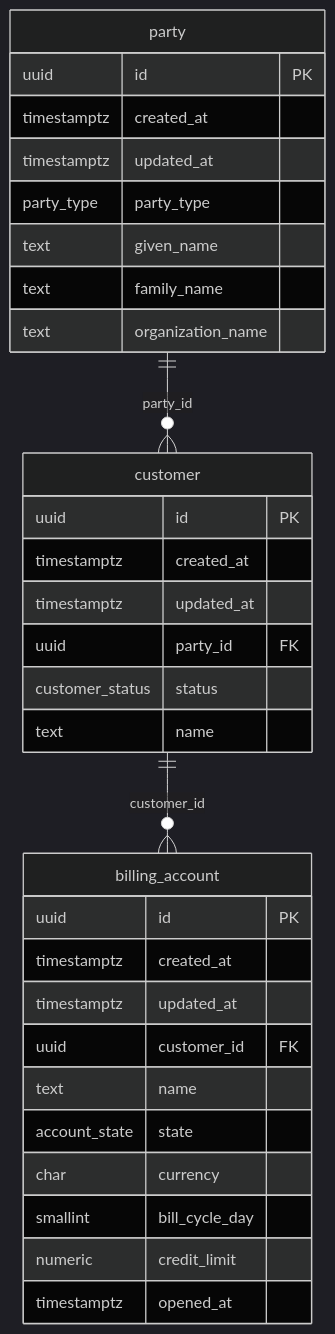
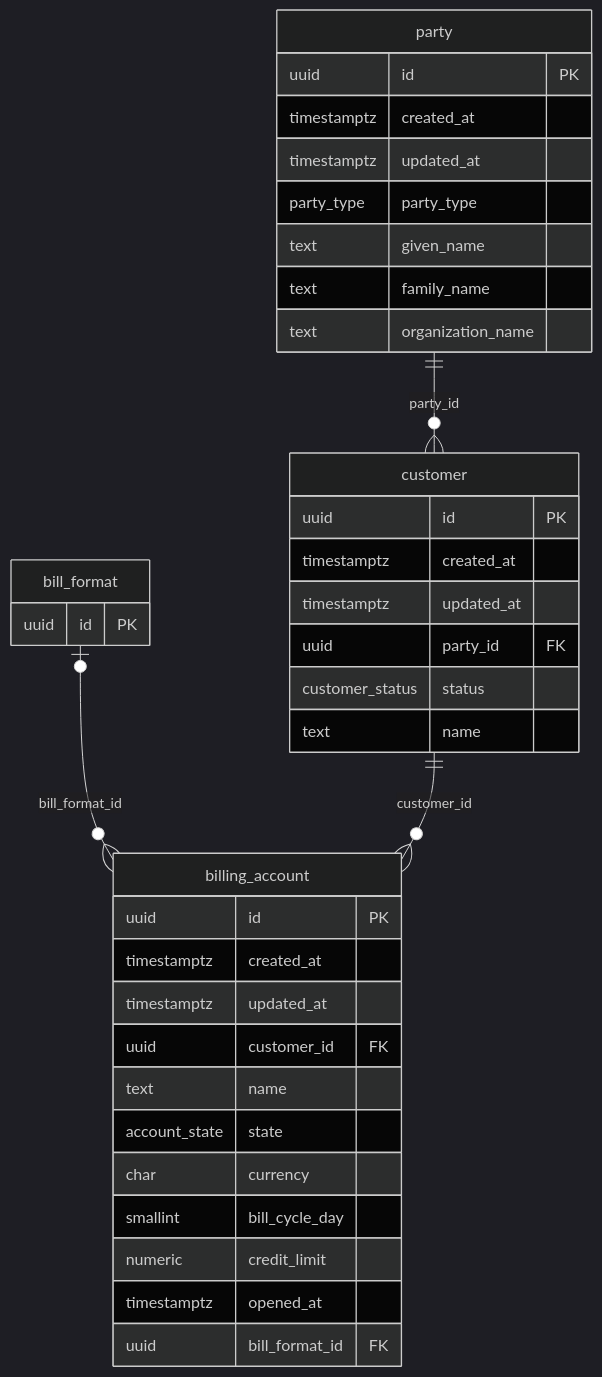
The second of 7 diagrams in docs/db/README.md (altharmz/bss), drawn with Mermaid (dark theme) before and after one commit. The commit also changed other lines of this file and 77 other files, not shown here.

````diff
--- a/docs/db/README.md
+++ b/docs/db/README.md
@@ -100,34 +135,39 @@
 ```mermaid
 erDiagram
   party {
     uuid id PK
     timestamptz created_at
     timestamptz updated_at
     party_type party_type
     text given_name
     text family_name
     text organization_name
   }
   customer {
     uuid id PK
     timestamptz created_at
     timestamptz updated_at
     uuid party_id FK
     customer_status status
     text name
   }
   billing_account {
     uuid id PK
     timestamptz created_at
     timestamptz updated_at
     uuid customer_id FK
     text name
     account_state state
     char currency
     smallint bill_cycle_day
     numeric credit_limit
     timestamptz opened_at
+    uuid bill_format_id FK
   }
+  bill_format {
+    uuid id PK
+  }
+  bill_format |o--o{ billing_account : "bill_format_id"
   customer ||--o{ billing_account : "customer_id"
   party ||--o{ customer : "party_id"
 ```
````
